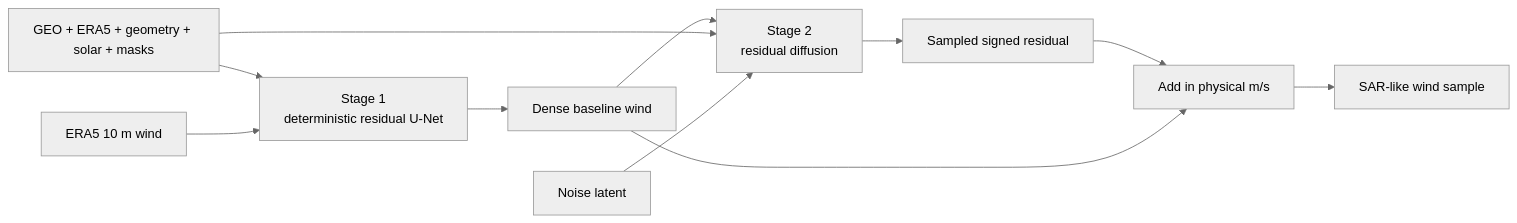
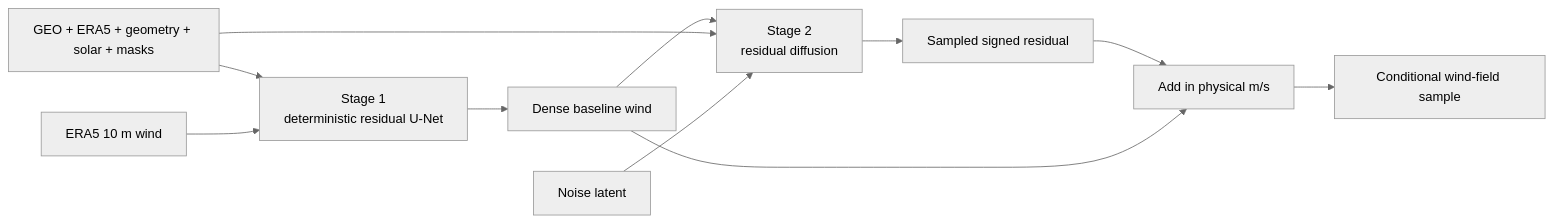
The diagram in docs/models/two-stage.md (simon-donike/geo2wf), drawn with Mermaid (neutral theme) before and after one commit. The commit also changed other lines of this file and 37 other files, not shown here.

````diff
--- a/docs/models/two-stage.md
+++ b/docs/models/two-stage.md
@@ -5,13 +5,13 @@
 ```mermaid
 flowchart LR
   X[GEO + ERA5 + geometry + solar + masks] --> B[Stage 1<br/>deterministic residual U-Net]
   E[ERA5 10 m wind] --> B
   B --> Y[Dense baseline wind]
   Y --> D[Stage 2<br/>residual diffusion]
   X --> D
   N[Noise latent] --> D
   D --> R[Sampled signed residual]
   R --> A[Add in physical m/s]
   Y --> A
-  A --> O[SAR-like wind sample]
+  A --> O[Conditional wind-field sample]
 ```
````
